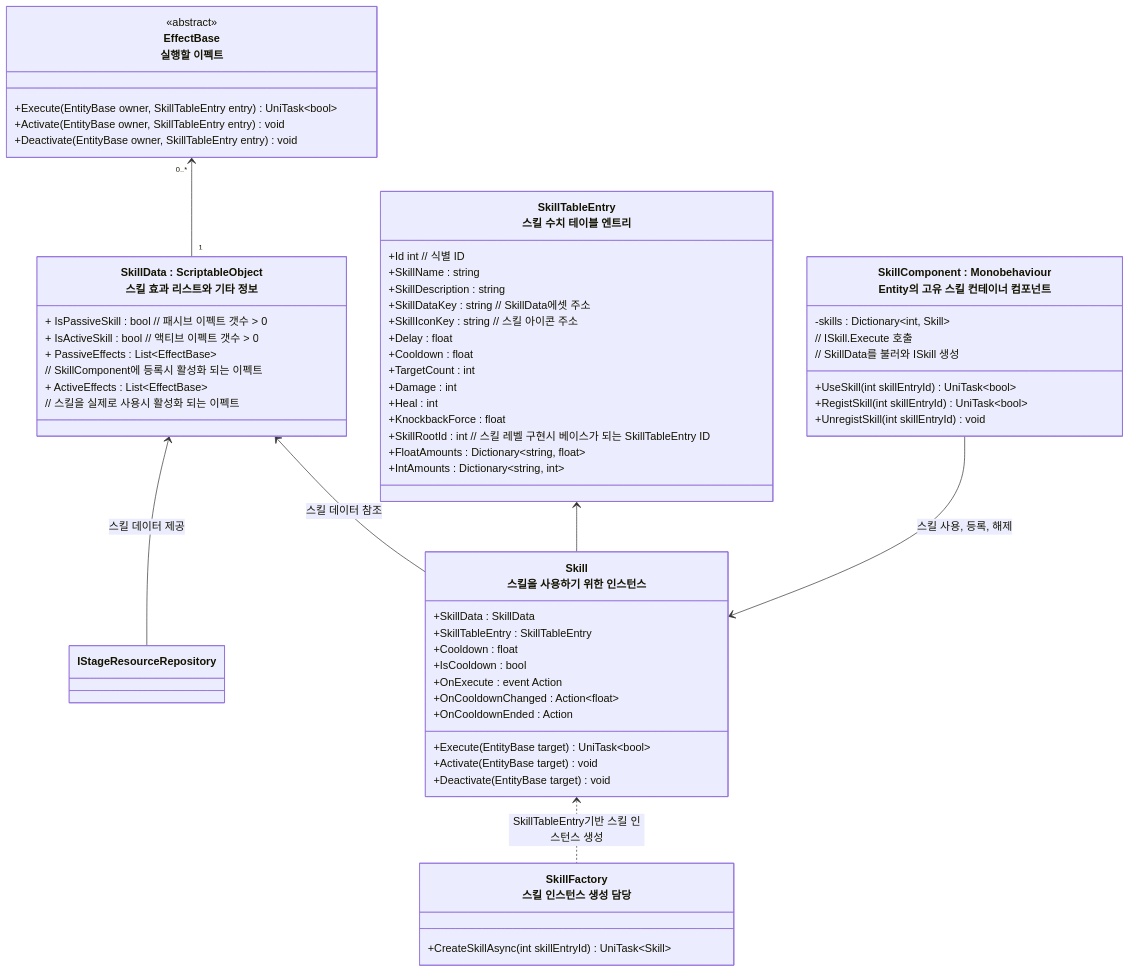
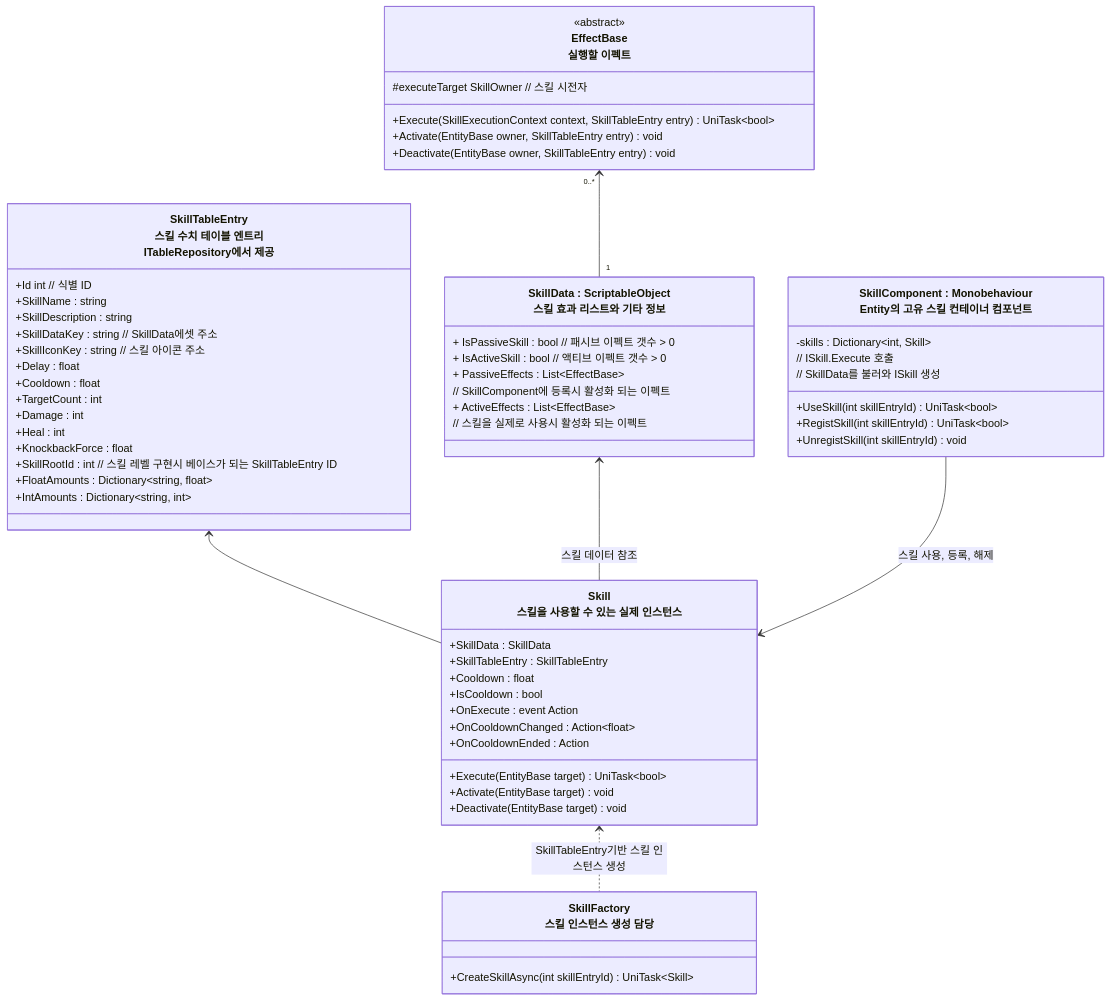
The first of 2 diagrams in README/스킬시스템_설계.md (JIN5EOK/DungeonShooter), drawn with Mermaid before and after one commit. The commit also changed other lines of this file, not shown here.

````diff
--- a/README/스킬시스템_설계.md
+++ b/README/스킬시스템_설계.md
@@ -7,67 +7,67 @@
 ```mermaid
 classDiagram
     class EffectBase["EffectBase<br>실행할 이펙트"]{
         <<abstract>>
-        +Execute(EntityBase owner, SkillTableEntry entry) UniTask~bool~
+        #executeTarget SkillOwner // 스킬 시전자
+        +Execute(SkillExecutionContext context, SkillTableEntry entry) UniTask~bool~
         +Activate(EntityBase owner, SkillTableEntry entry) void
         +Deactivate(EntityBase owner, SkillTableEntry entry) void
     }
     
     class SkillData["SkillData : ScriptableObject<br>스킬 효과 리스트와 기타 정보"]{
 		+ IsPassiveSkill : bool // 패시브 이펙트 갯수 > 0
 		+ IsActiveSkill : bool // 액티브 이펙트 갯수 > 0
         + PassiveEffects : List~EffectBase~ 
         // SkillComponent에 등록시 활성화 되는 이펙트
         + ActiveEffects : List~EffectBase~ 
         // 스킬을 실제로 사용시 활성화 되는 이펙트
     }
 
-    class Skill["Skill<br>스킬을 사용하기 위한 인스턴스"]{
+    class Skill["Skill<br>스킬을 사용할 수 있는 실제 인스턴스"]{
         +SkillData : SkillData
         +SkillTableEntry : SkillTableEntry
         +Cooldown : float
         +IsCooldown : bool
         +OnExecute : event Action
         +OnCooldownChanged : Action~float~
         +OnCooldownEnded : Action
         +Execute(EntityBase target) UniTask~bool~
         +Activate(EntityBase target) void
         +Deactivate(EntityBase target) void
     }
 
-	class SkillTableEntry["SkillTableEntry<br>스킬 수치 테이블 엔트리"]{
+	class SkillTableEntry["SkillTableEntry<br>스킬 수치 테이블 엔트리<br>ITableRepository에서 제공 "]{
 		+Id int // 식별 ID
 		+SkillName : string
 		+SkillDescription : string
 		+SkillDataKey : string // SkillData에셋 주소
 		+SkillIconKey : string // 스킬 아이콘 주소
 		+Delay : float
 		+Cooldown : float
 		+TargetCount : int
         +Damage : int
         +Heal : int
 		+KnockbackForce : float
         +SkillRootId : int // 스킬 레벨 구현시 베이스가 되는 SkillTableEntry ID
         +FloatAmounts : Dictionary~string, float~
         +IntAmounts : Dictionary~string, int~
 	}
 	
     class SkillComponent["SkillComponent : Monobehaviour<br>Entity의 고유 스킬 컨테이너 컴포넌트"]{
         -skills : Dictionary~int, Skill~
         +UseSkill(int skillEntryId) UniTask~bool~
         // ISkill.Execute 호출
         +RegistSkill(int skillEntryId) UniTask~bool~
         // SkillData를 불러와 ISkill 생성 
         +UnregistSkill(int skillEntryId) void
     }
     
 	class SkillFactory["SkillFactory<br>스킬 인스턴스 생성 담당"]{
         +CreateSkillAsync(int skillEntryId) UniTask~Skill~
     }
-	SkillData <-- IStageResourceRepository : 스킬 데이터 제공
     SkillTableEntry <-- Skill
     SkillData <-- Skill : 스킬 데이터 참조
     EffectBase "0..*"<--"1" SkillData
     SkillComponent --> Skill  : 스킬 사용, 등록, 해제
     Skill <.. SkillFactory : SkillTableEntry기반 스킬 인스턴스 생성
 ```
````
